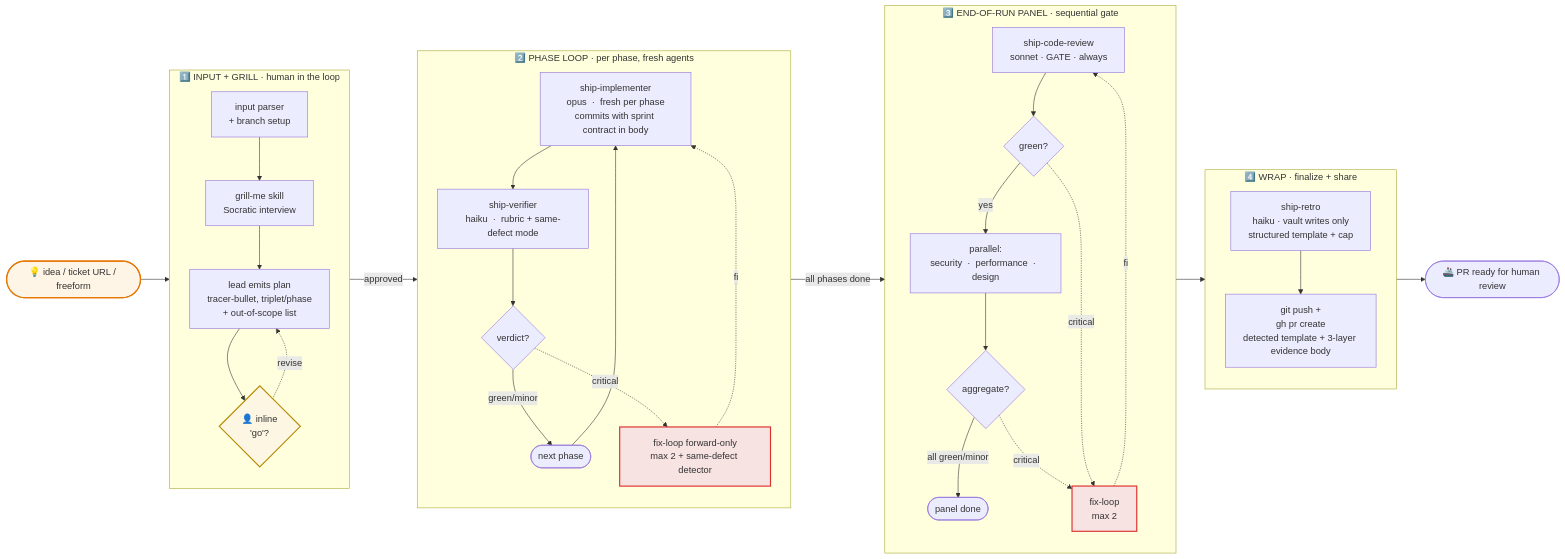
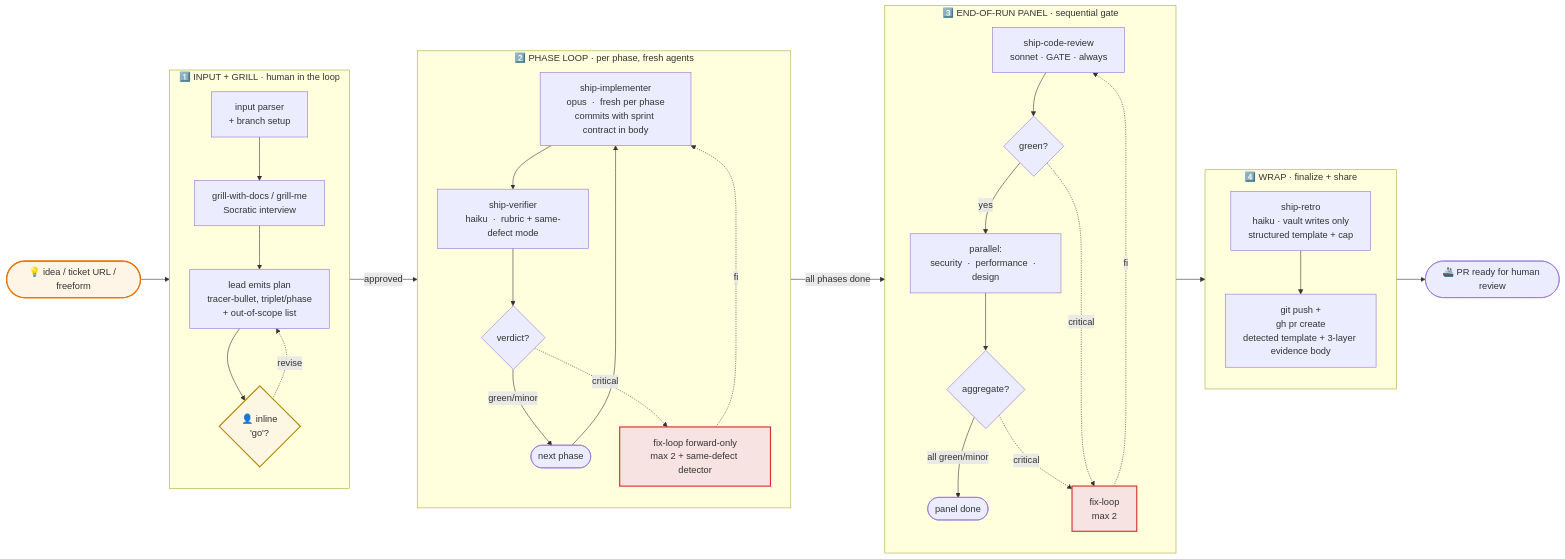
Before and after one commit to aliaksei-loi/ship: the first of 4 diagrams in ARCHITECTURE.md, drawn with Mermaid. The commit also changed other lines of this file and 65 other files, not shown here.

````diff
--- a/ARCHITECTURE.md
+++ b/ARCHITECTURE.md
@@ -13,56 +13,56 @@
 ```mermaid
 flowchart LR
     Idea([💡 idea / ticket URL / freeform]):::input
 
     subgraph Stage1["1️⃣ INPUT + GRILL  ·  human in the loop"]
         direction TB
         S1A[input parser<br/>+ branch setup]
-        S1B[grill-me skill<br/>Socratic interview]
+        S1B[grill-with-docs / grill-me<br/>Socratic interview]
         S1C[lead emits plan<br/>tracer-bullet, triplet/phase<br/>+ out-of-scope list]
         S1D{👤 inline<br/>'go'?}:::gate
         S1A --> S1B --> S1C --> S1D
     end
 
     subgraph Stage2["2️⃣ PHASE LOOP  ·  per phase, fresh agents"]
         direction TB
         S2A[ship-implementer<br/>opus  ·  fresh per phase<br/>commits with sprint contract in body]
         S2B[ship-verifier<br/>haiku  ·  rubric + same-defect mode]
         S2C{verdict?}
         S2A --> S2B --> S2C
         S2C -->|green/minor| S2D([next phase])
         S2D --> S2A
         S2C -.critical.-> S2E[fix-loop forward-only<br/>max 2 + same-defect detector]:::stop
         S2E -.fix.-> S2A
     end
 
     subgraph Stage3["3️⃣ END-OF-RUN PANEL  ·  sequential gate"]
         direction TB
         S3A[ship-code-review<br/>sonnet  ·  GATE  ·  always]
         S3B{green?}
         S3A --> S3B
         S3B -->|yes| S3C[parallel:<br/>security  ·  performance  ·  design]
         S3B -.critical.-> S3E[fix-loop<br/>max 2]:::stop
         S3C --> S3D{aggregate?}
         S3D -->|all green/minor| S3F([panel done])
         S3D -.critical.-> S3E
         S3E -.fix.-> S3A
     end
 
     subgraph Stage4["4️⃣ WRAP  ·  finalize + share"]
         direction TB
         S4A[ship-retro<br/>haiku  ·  vault writes only<br/>structured template + cap]
         S4B[git push +<br/>gh pr create<br/>detected template + 3-layer evidence body]
         S4A --> S4B
     end
 
     Idea --> S1A
     S1D -.revise.-> S1C
     S1D -->|approved| S2A
     S2C -->|all phases done| S3A
     S3F --> S4A
     S4B --> Out([🚢 PR ready for human review])
 
     classDef input fill:#fff5e6,stroke:#e87600,stroke-width:2px
     classDef gate fill:#fdf6e3,stroke:#b58900,stroke-width:2px
     classDef stop fill:#f8e3e3,stroke:#dc322f,stroke-width:2px
 ```
````
